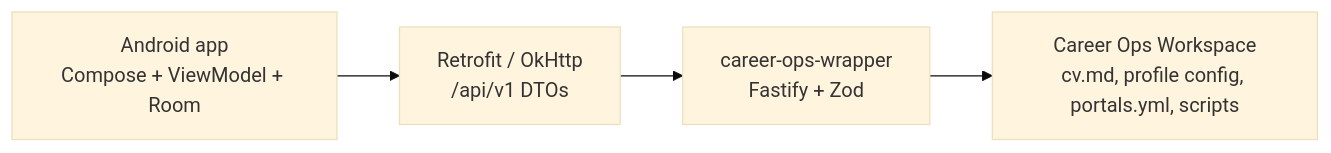
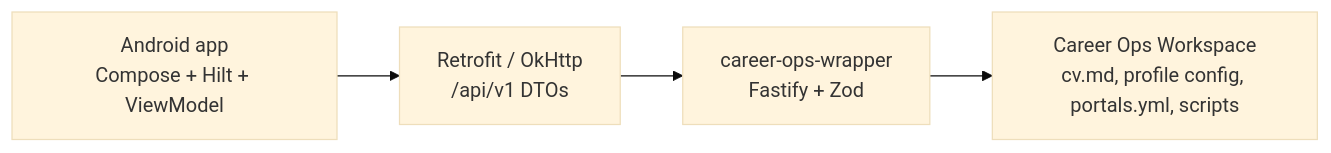
The first of 3 diagrams in docs/system-architecture.md (dthuy62/jobflow), drawn with Mermaid (base theme) before and after one commit. The commit also changed other lines of this file and 31 other files, not shown here.

````diff
--- a/docs/system-architecture.md
+++ b/docs/system-architecture.md
@@ -8,11 +8,11 @@
 ```mermaid
 flowchart LR
-  Android["Android app\nCompose + ViewModel + Room"]
+  Android["Android app\nCompose + Hilt + ViewModel"]
   ApiClient["Retrofit / OkHttp\n/api/v1 DTOs"]
   Wrapper["career-ops-wrapper\nFastify + Zod"]
   Workspace["Career Ops Workspace\ncv.md, profile config, portals.yml, scripts"]
 
   Android --> ApiClient
   ApiClient --> Wrapper
   Wrapper --> Workspace
 ```
````
